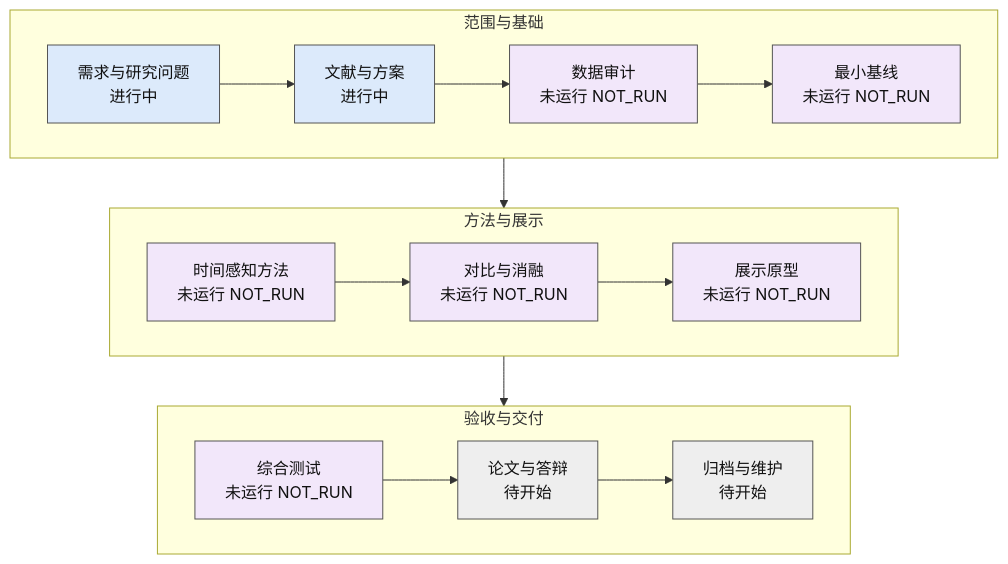
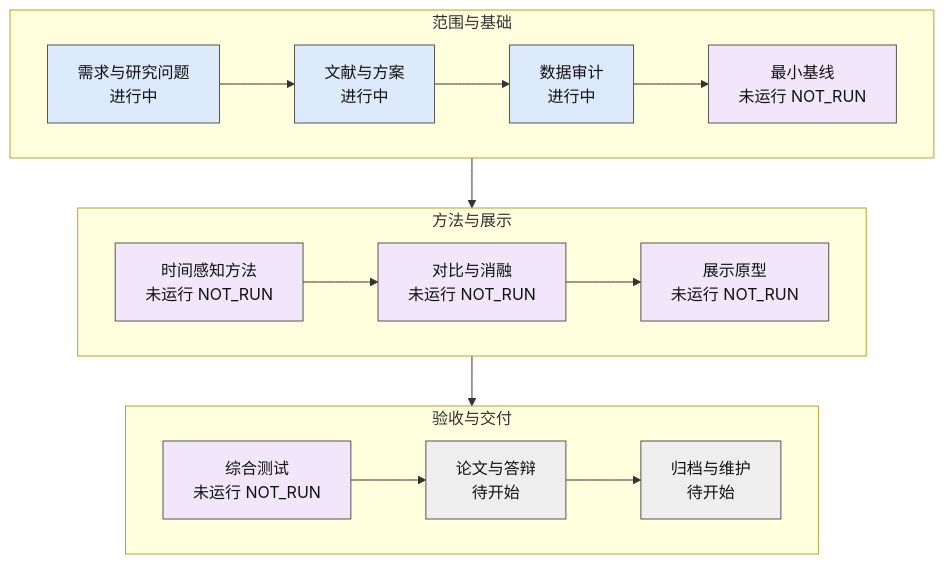
Before and after one commit to QCYM-qcym/HITWH-Computer-Science-Department-of-Harbin-Institute-of-Technology: the diagram in README.md, drawn with Mermaid. The commit also changed other lines of this file and 45 other files, not shown here.

````diff
--- a/README.md
+++ b/README.md
@@ -12,31 +12,31 @@
 ```mermaid
 flowchart TB
   subgraph G0["范围与基础"]
     direction LR
     S0["需求与研究问题<br/>进行中"]:::active
     S1["文献与方案<br/>进行中"]:::active
-    S2["数据审计<br/>未运行 NOT_RUN"]:::notrun
+    S2["数据审计<br/>进行中"]:::active
     S3["最小基线<br/>未运行 NOT_RUN"]:::notrun
     S0 --> S1 --> S2 --> S3
   end
   subgraph G1["方法与展示"]
     direction LR
     S4["时间感知方法<br/>未运行 NOT_RUN"]:::notrun
     S5["对比与消融<br/>未运行 NOT_RUN"]:::notrun
     S6["展示原型<br/>未运行 NOT_RUN"]:::notrun
     S4 --> S5 --> S6
   end
   subgraph G2["验收与交付"]
     direction LR
     S7["综合测试<br/>未运行 NOT_RUN"]:::notrun
     S8["论文与答辩<br/>待开始"]:::planned
     S9["归档与维护<br/>待开始"]:::planned
     S7 --> S8 --> S9
   end
   G0 --> G1 --> G2
   classDef done fill:#d8efdf,stroke:#555,color:#111
   classDef active fill:#dceafb,stroke:#555,color:#111
   classDef planned fill:#eeeeee,stroke:#555,color:#111
   classDef blocked fill:#ffe1d6,stroke:#555,color:#111
   classDef notrun fill:#f2e7fa,stroke:#555,color:#111
 ```
````
